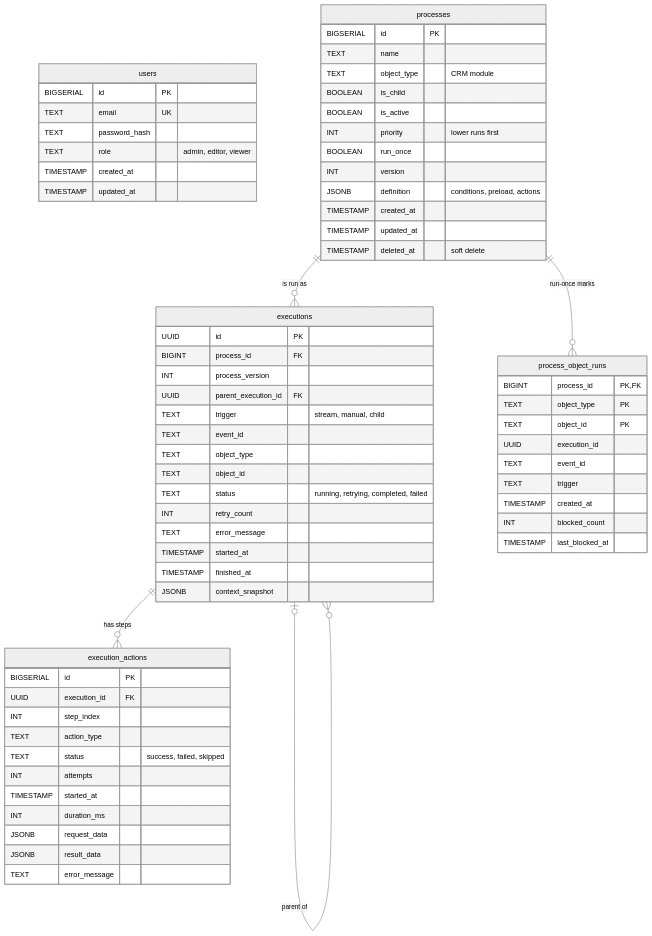
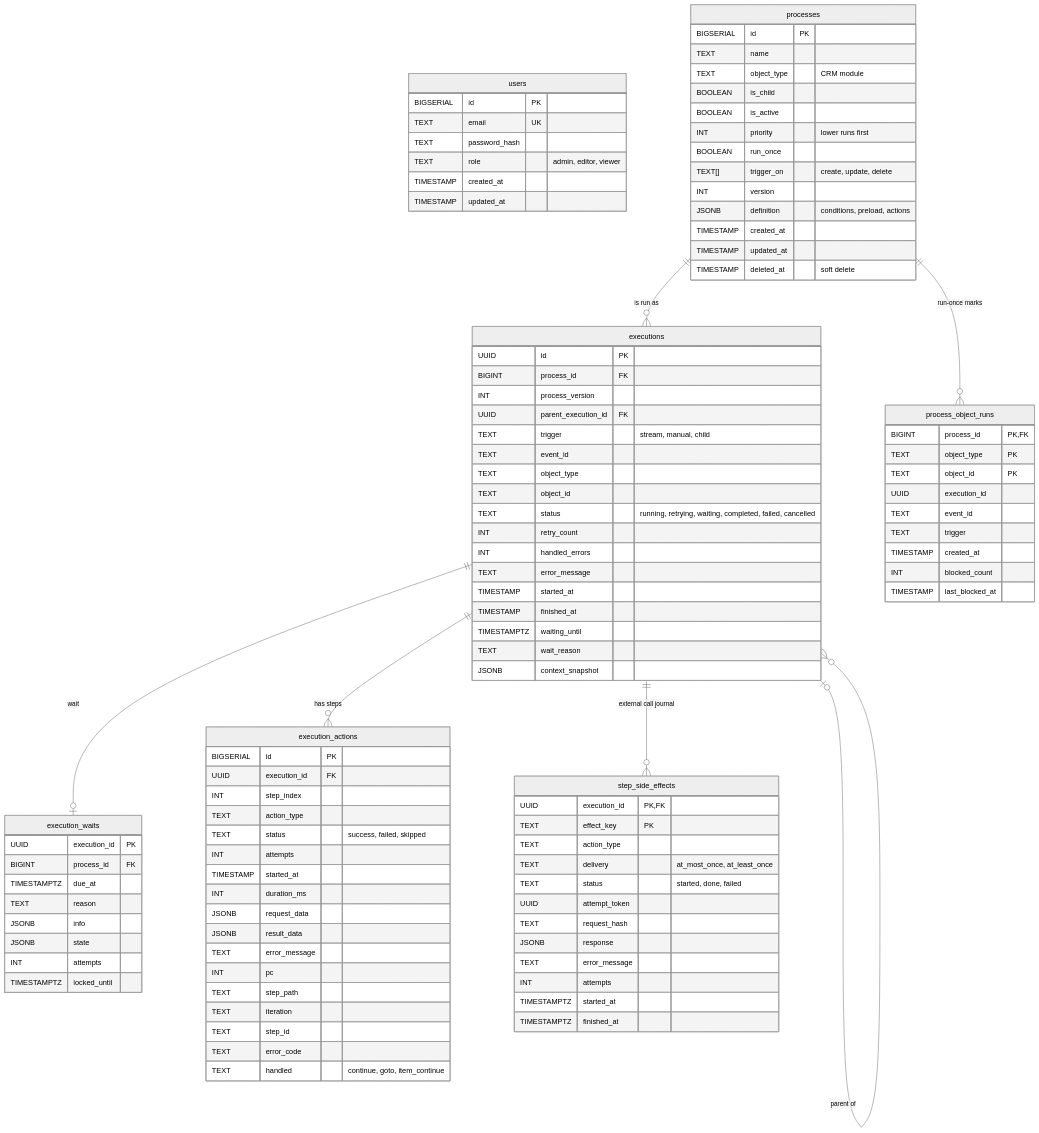
Before and after one commit to madarch-labs/Workflow-Processing-Service: the first of 2 diagrams in doc/en/05-architecture/data-model.md, drawn with Mermaid (neutral theme). The commit also changed other lines of this file and 370 other files, not shown here.

````diff
--- a/doc/en/05-architecture/data-model.md
+++ b/doc/en/05-architecture/data-model.md
@@ -30,6 +29,7 @@
         BOOLEAN is_active
         INT priority "lower runs first"
         BOOLEAN run_once
+        TEXT[] trigger_on "create, update, delete"
         INT version
         JSONB definition "conditions, preload, actions"
         TIMESTAMP created_at
@@ -45,12 +45,25 @@
         TEXT event_id
         TEXT object_type
         TEXT object_id
-        TEXT status "running, retrying, completed, failed"
+        TEXT status "running, retrying, waiting, completed, failed, cancelled"
         INT retry_count
+        INT handled_errors
         TEXT error_message
         TIMESTAMP started_at
         TIMESTAMP finished_at
+        TIMESTAMPTZ waiting_until
+        TEXT wait_reason
         JSONB context_snapshot
+    }
+    execution_waits {
+        UUID execution_id PK
+        BIGINT process_id FK
+        TIMESTAMPTZ due_at
+        TEXT reason
+        JSONB info
+        JSONB state
+        INT attempts
+        TIMESTAMPTZ locked_until
     }
     execution_actions {
         BIGSERIAL id PK
@@ -64,6 +77,12 @@
         JSONB request_data
         JSONB result_data
         TEXT error_message
+        INT pc
+        TEXT step_path
+        TEXT iteration
+        TEXT step_id
+        TEXT error_code
+        TEXT handled "continue, goto, item_continue"
     }
     process_object_runs {
         BIGINT process_id PK, FK
@@ -76,9 +95,25 @@
         INT blocked_count
         TIMESTAMP last_blocked_at
     }
+    step_side_effects {
+        UUID execution_id PK, FK
+        TEXT effect_key PK
+        TEXT action_type
+        TEXT delivery "at_most_once, at_least_once"
+        TEXT status "started, done, failed"
+        UUID attempt_token
+        TEXT request_hash
+        JSONB response
+        TEXT error_message
+        INT attempts
+        TIMESTAMPTZ started_at
+        TIMESTAMPTZ finished_at
+    }
 
     processes ||--o{ executions : "is run as"
     executions ||--o{ execution_actions : "has steps"
     executions |o--o{ executions : "parent of"
     processes ||--o{ process_object_runs : "run-once marks"
+    executions ||--o{ step_side_effects : "external call journal"
+    executions ||--o| execution_waits : "wait"
 ```
````
